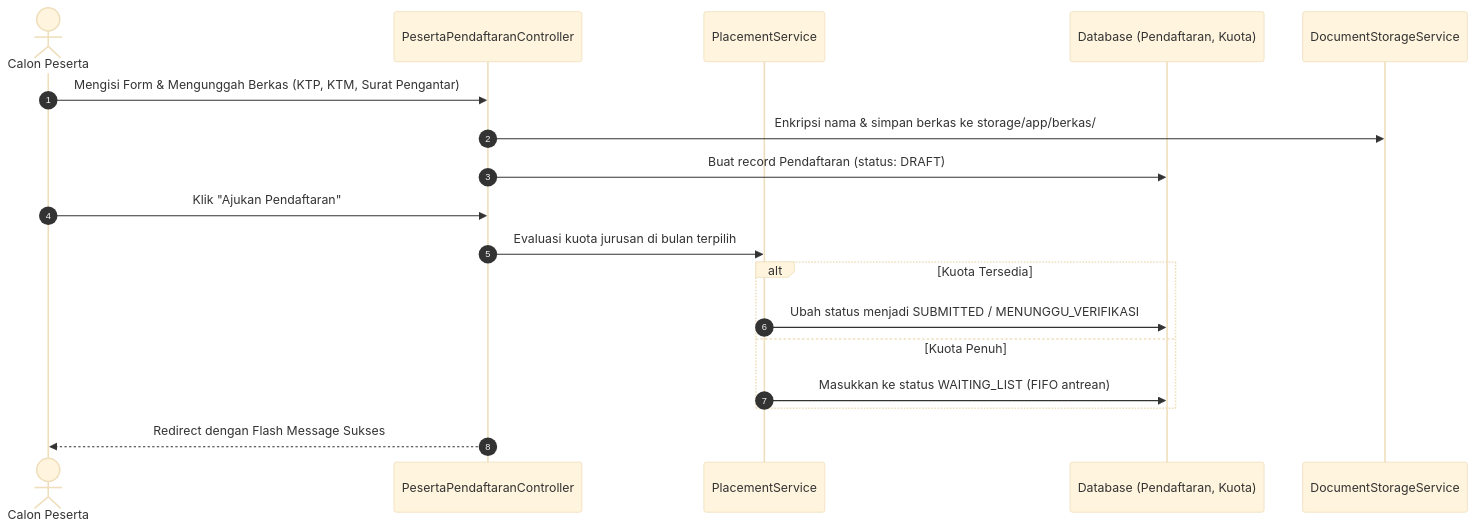
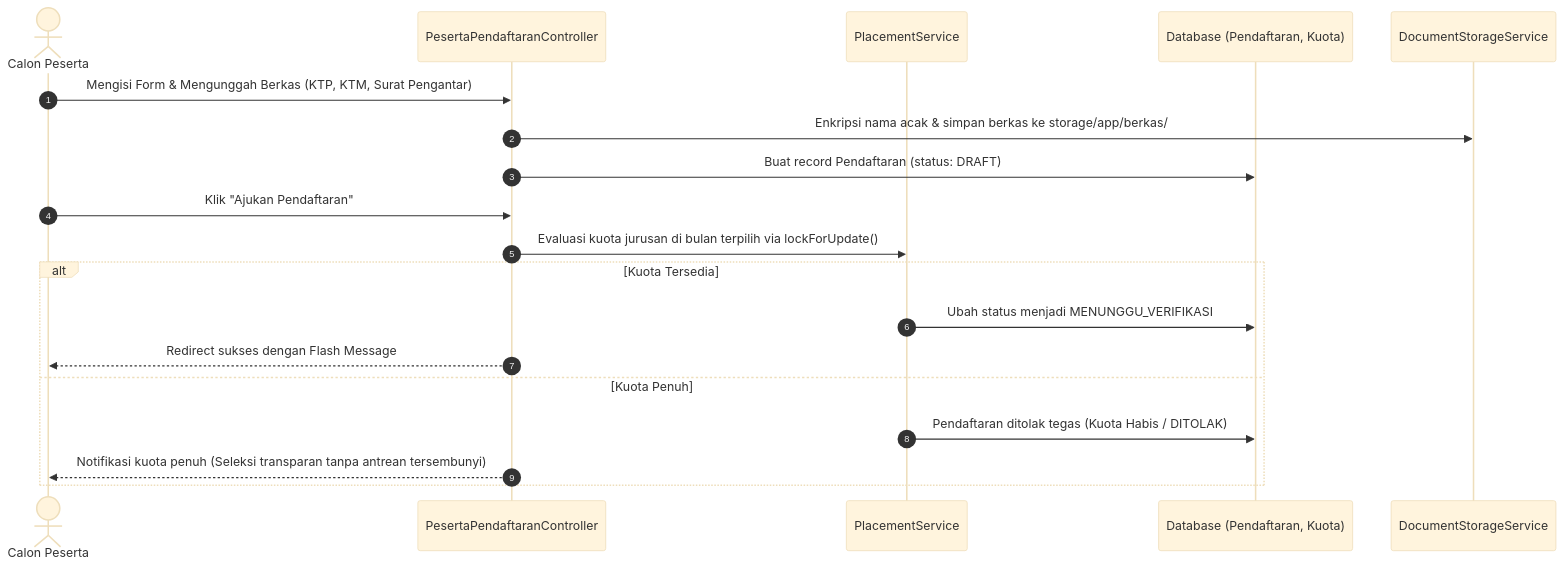
The first of 3 diagrams in docs/architecture/DATA-FLOW.md (EvilAekt/MAGKOM), drawn with Mermaid (base theme) before and after one commit. The commit also changed other lines of this file and 21 other files, not shown here.

````diff
--- a/docs/architecture/DATA-FLOW.md
+++ b/docs/architecture/DATA-FLOW.md
@@ -12,21 +15,22 @@
 ```mermaid
 sequenceDiagram
     autonumber
     actor P as Calon Peserta
     participant C as PesertaPendaftaranController
     participant S as PlacementService
     participant DB as Database (Pendaftaran, Kuota)
     participant SEC as DocumentStorageService
 
     P->>C: Mengisi Form & Mengunggah Berkas (KTP, KTM, Surat Pengantar)
-    C->>SEC: Enkripsi nama & simpan berkas ke storage/app/berkas/
+    C->>SEC: Enkripsi nama acak & simpan berkas ke storage/app/berkas/
     C->>DB: Buat record Pendaftaran (status: DRAFT)
     P->>C: Klik "Ajukan Pendaftaran"
-    C->>S: Evaluasi kuota jurusan di bulan terpilih
+    C->>S: Evaluasi kuota jurusan di bulan terpilih via lockForUpdate()
     alt Kuota Tersedia
-        S->>DB: Ubah status menjadi SUBMITTED / MENUNGGU_VERIFIKASI
+        S->>DB: Ubah status menjadi MENUNGGU_VERIFIKASI
+        C-->>P: Redirect sukses dengan Flash Message
     else Kuota Penuh
-        S->>DB: Masukkan ke status WAITING_LIST (FIFO antrean)
+        S->>DB: Pendaftaran ditolak tegas (Kuota Habis / DITOLAK)
+        C-->>P: Notifikasi kuota penuh (Seleksi transparan tanpa antrean tersembunyi)
     end
-    C-->>P: Redirect dengan Flash Message Sukses
 ```
````
